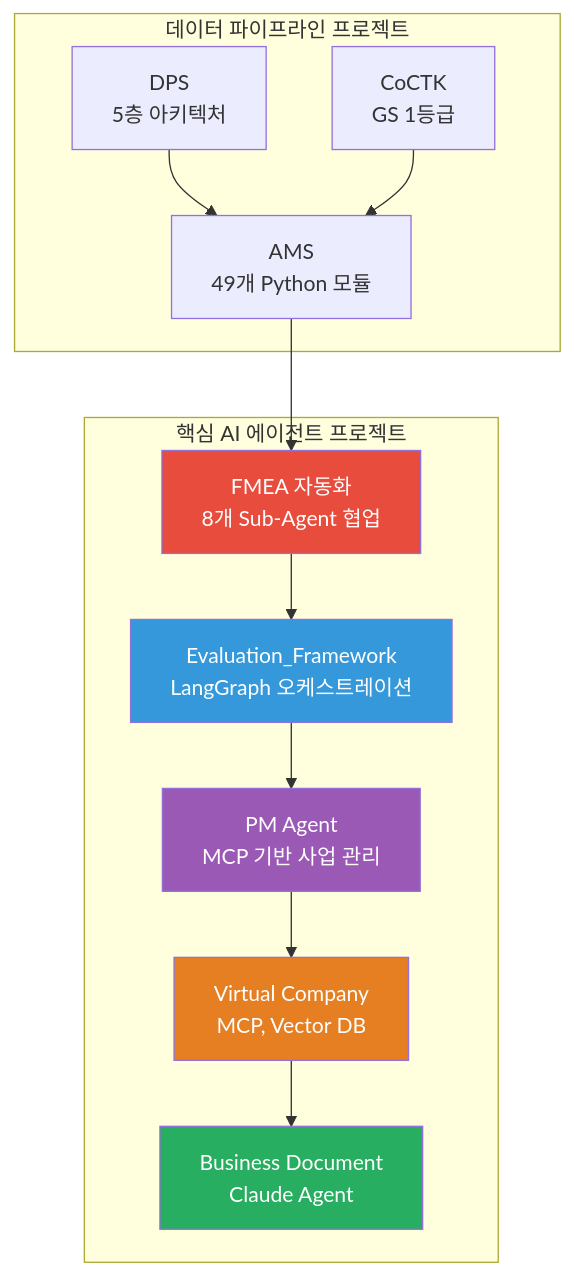
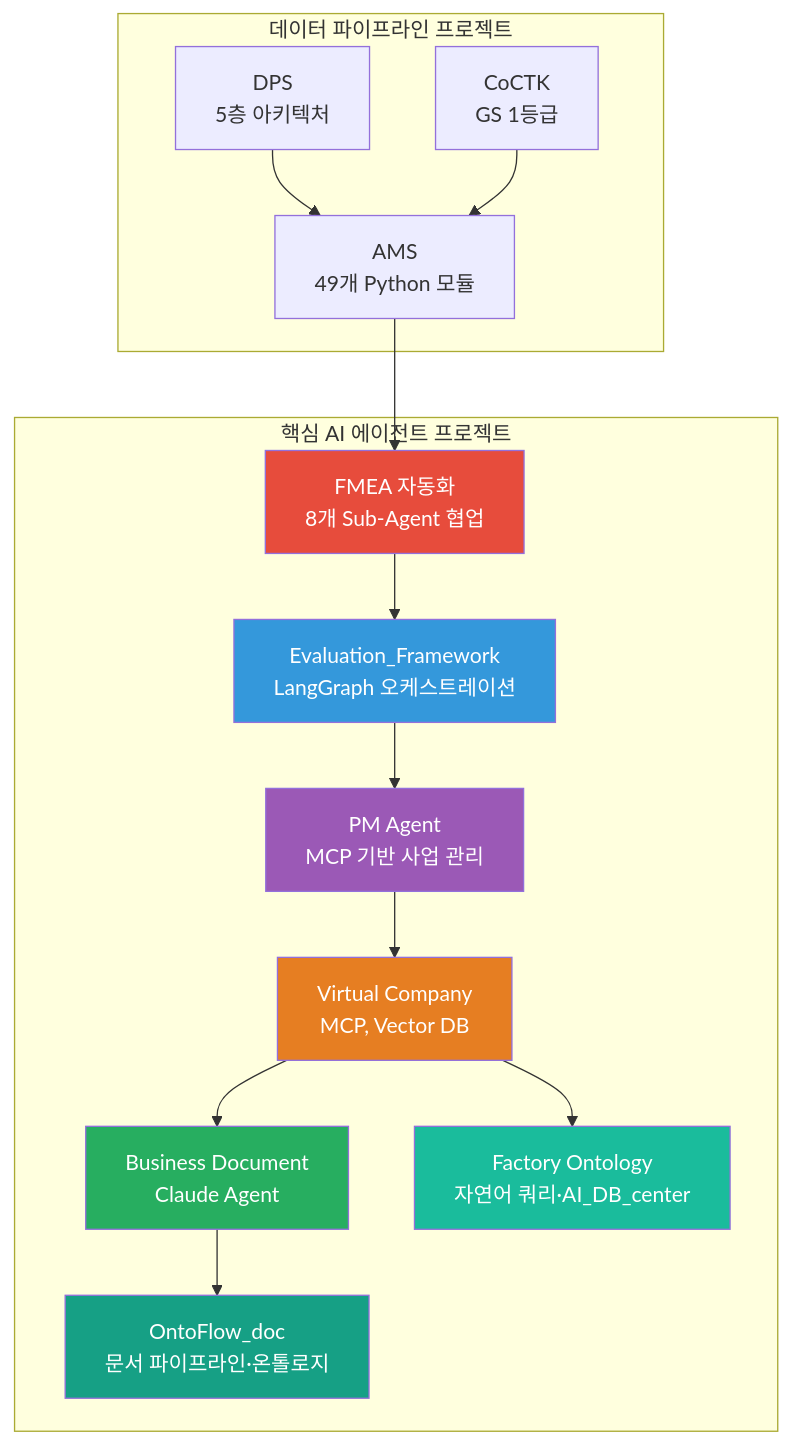
One commit to moobaek/Testing_AI_agents_for_public_use changed the third of 4 diagrams in portfolio/portfolio_docs/assets/LG전자/권순룡_이력서_LG전자_AI_엔지니어.md. Above: the diagram before and after it, drawn with Mermaid. The commit also changed other lines of this file and 11 other files, not shown here.

First line of the commit message:
docs(portfolio): 퇴사일·입사일·OPIc 반영, Factory/OntoFlow 보강, LG전자 assets 업데이트

````diff
--- a/portfolio/portfolio_docs/assets/LG전자/권순룡_이력서_LG전자_AI_엔지니어.md
+++ b/portfolio/portfolio_docs/assets/LG전자/권순룡_이력서_LG전자_AI_엔지니어.md
@@ -125,31 +130,37 @@
 ```mermaid
 graph TB
     subgraph "핵심 AI 에이전트 프로젝트"
         FMEA[FMEA 자동화<br/>8개 Sub-Agent 협업]
         Eval[Evaluation_Framework<br/>LangGraph 오케스트레이션]
         PM[PM Agent<br/>MCP 기반 사업 관리]
         Virtual[Virtual Company<br/>MCP, Vector DB]
         Business[Business Document<br/>Claude Agent]
+        Factory[Factory Ontology<br/>자연어 쿼리·AI_DB_center]
+        OntoFlow[OntoFlow_doc<br/>문서 파이프라인·온톨로지]
     end
     
     subgraph "데이터 파이프라인 프로젝트"
         AMS[AMS<br/>49개 Python 모듈]
         DPS[DPS<br/>5층 아키텍처]
         CoCTK[CoCTK<br/>GS 1등급]
     end
     
     FMEA --> Eval
     Eval --> PM
     PM --> Virtual
     Virtual --> Business
     
     AMS --> FMEA
     DPS --> AMS
     CoCTK --> AMS
+    Virtual --> Factory
+    Business --> OntoFlow
     
     style FMEA fill:#e74c3c,color:#fff
+    style Factory fill:#1abc9c,color:#fff
+    style OntoFlow fill:#16a085,color:#fff
     style Eval fill:#3498db,color:#fff
     style PM fill:#9b59b6,color:#fff
     style Virtual fill:#e67e22,color:#fff
     style Business fill:#27ae60,color:#fff
 ```
````
